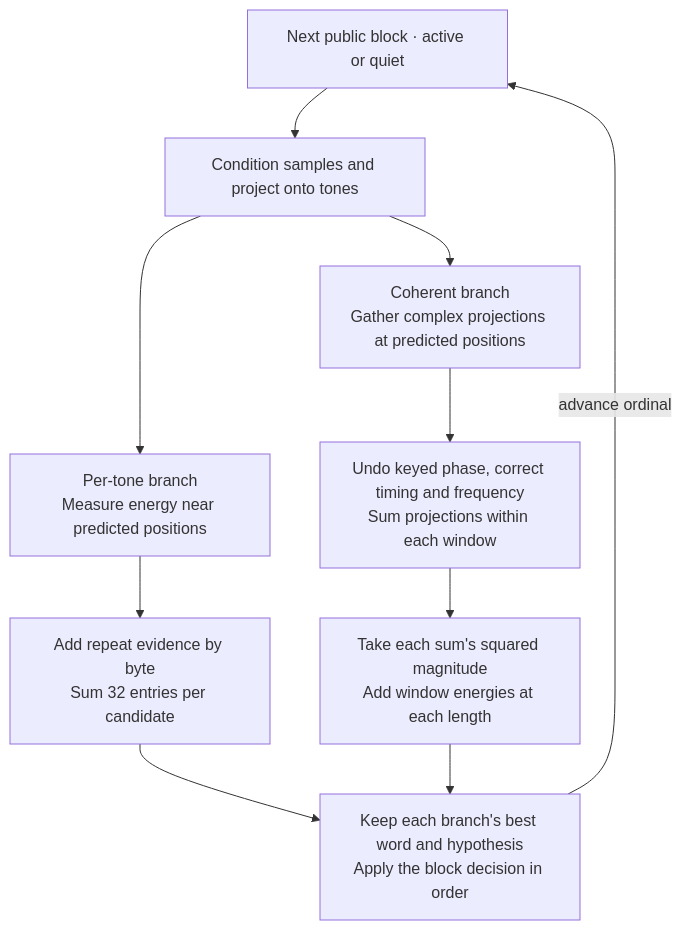
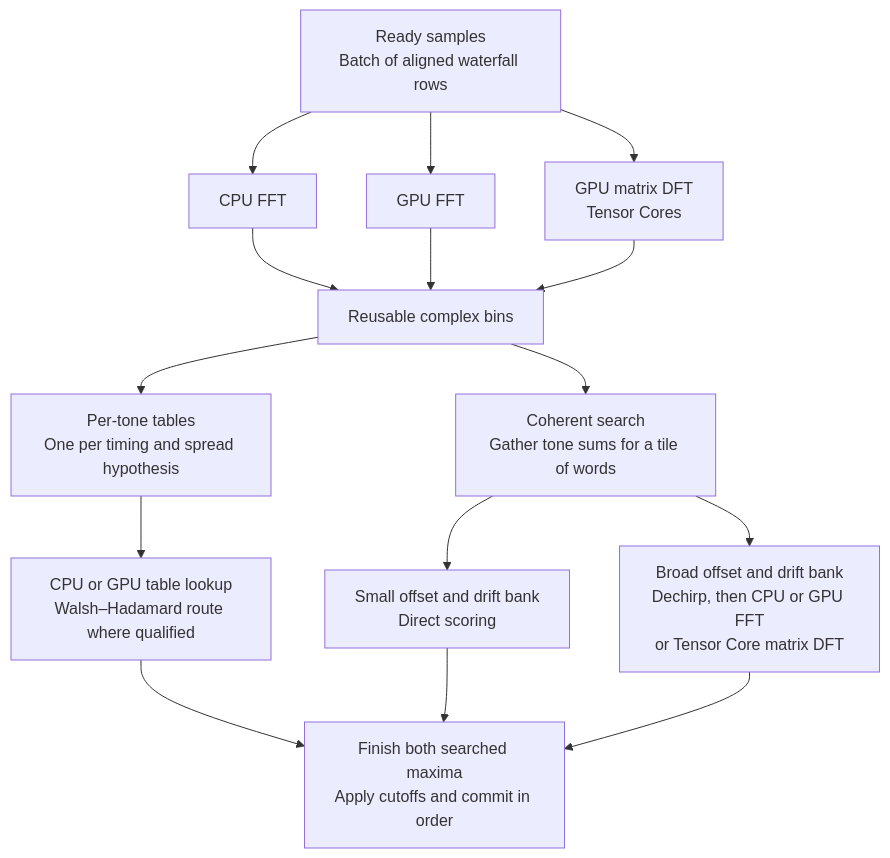
The second of 3 diagrams in _appraisal/matrixModem-FSK.md (mirage335-colossus/pumpModem), drawn with Mermaid before and after one commit. The commit also changed other lines of this file and 4 other files, not shown here.

````diff
--- a/_appraisal/matrixModem-FSK.md
+++ b/_appraisal/matrixModem-FSK.md
@@ -77,12 +127,18 @@
 ```mermaid
 flowchart TD
-    block["Next public block · active or quiet"] --> front["Condition samples and project onto tones"]
-    front --> energy["Per-tone branch<br/>Measure energy near predicted positions"]
-    front --> complex["Coherent branch<br/>Gather complex projections at predicted positions"]
-    energy --> esum["Add repeat evidence by byte<br/>Sum 32 entries per candidate"]
-    complex --> csum["Undo keyed phase, correct timing and frequency<br/>Sum projections within each window"]
-    csum --> rung["Take each sum's squared magnitude<br/>Add window energies at each length"]
-    esum --> decide["Keep each branch's best word and hypothesis<br/>Apply the block decision in order"]
-    rung --> decide
-    decide -->|advance ordinal| block
+    samples["Ready samples<br/>Batch of aligned waterfall rows"]
+    samples --> cpu["CPU FFT"]
+    samples --> gpu["GPU FFT"]
+    samples --> dft["GPU matrix DFT<br/>Tensor Cores"]
+    cpu --> bins["Reusable complex bins"]
+    gpu --> bins
+    dft --> bins
+    bins --> energy["Per-tone tables<br/>One per timing and spread hypothesis"]
+    bins --> gather["Coherent search<br/>Gather tone sums for a tile of words"]
+    energy --> lookup["CPU or GPU table lookup<br/>Walsh–Hadamard route where qualified"]
+    gather --> direct["Small offset and drift bank<br/>Direct scoring"]
+    gather --> wide["Broad offset and drift bank<br/>Dechirp, then CPU or GPU FFT<br/>or Tensor Core matrix DFT"]
+    lookup --> decision["Finish both searched maxima<br/>Apply cutoffs and commit in order"]
+    direct --> decision
+    wide --> decision
 ```
````
